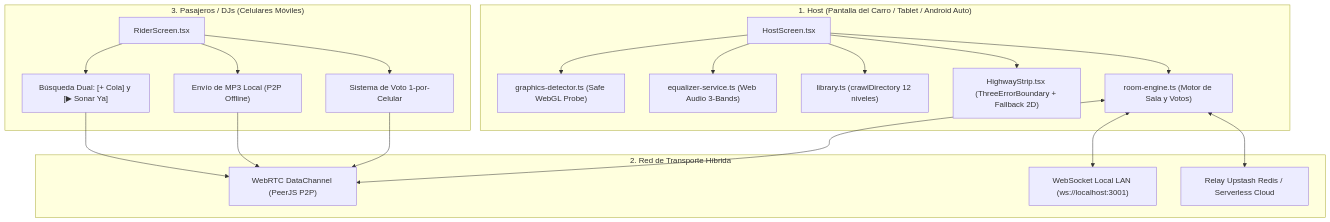
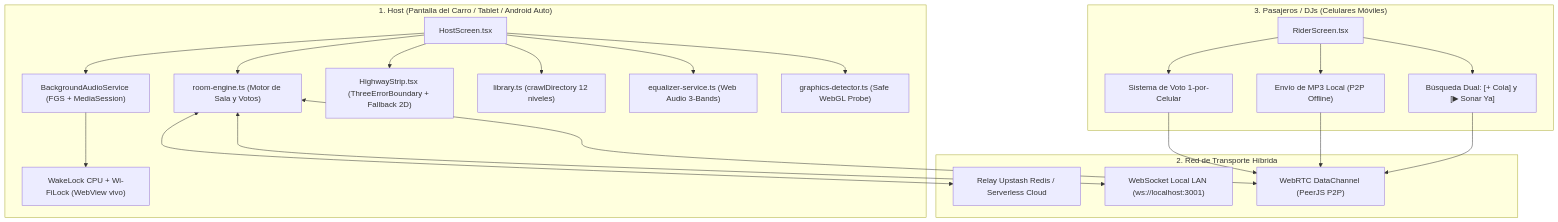
The diagram in README.md (brayancortes22/carbeat), drawn with Mermaid before and after one commit. The commit also changed other lines of this file and 16 other files, not shown here.

````diff
--- a/README.md
+++ b/README.md
@@ -57,25 +67,27 @@
 ```mermaid
 flowchart TD
     subgraph CABINA_HOST ["1. Host (Pantalla del Carro / Tablet / Android Auto)"]
         H_UI["HostScreen.tsx"] --> G_DET["graphics-detector.ts (Safe WebGL Probe)"]
         H_UI --> EQ["equalizer-service.ts (Web Audio 3-Bands)"]
         H_UI --> USB["library.ts (crawlDirectory 12 niveles)"]
         H_UI --> HW["HighwayStrip.tsx (ThreeErrorBoundary + Fallback 2D)"]
         H_UI --> RE["room-engine.ts (Motor de Sala y Votos)"]
+        H_UI --> BG["BackgroundAudioService (FGS + MediaSession)"]
+        BG --> WL["WakeLock CPU + Wi-FiLock (WebView vivo)"]
     end
 
     subgraph RED_TRANSPORTE ["2. Red de Transporte Híbrida"]
         RE <--> P2P["WebRTC DataChannel (PeerJS P2P)"]
         RE <--> LAN["WebSocket Local LAN (ws://localhost:3001)"]
         RE <--> RELAY["Relay Upstash Redis / Serverless Cloud"]
     end
 
     subgraph PASAJEROS ["3. Pasajeros / DJs (Celulares Móviles)"]
         R_UI["RiderScreen.tsx"] --> ACT["Búsqueda Dual: [+ Cola] y [▶ Sonar Ya]"]
         R_UI --> MP3["Envío de MP3 Local (P2P Offline)"]
         R_UI --> VOTE["Sistema de Voto 1-por-Celular"]
         ACT --> P2P
         MP3 --> P2P
         VOTE --> P2P
     end
 ```
````
